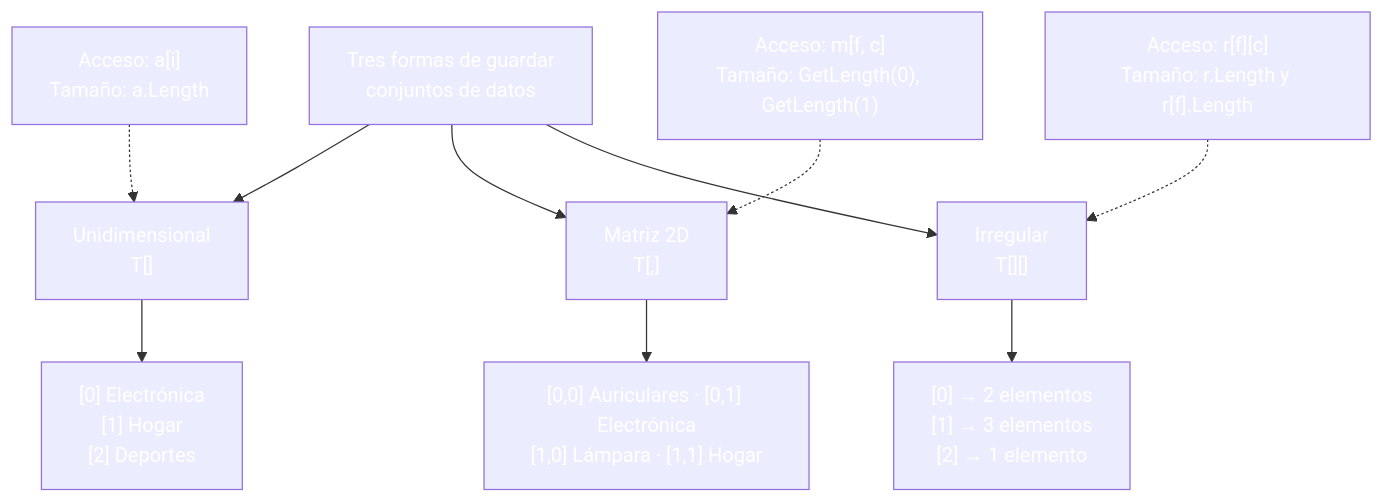
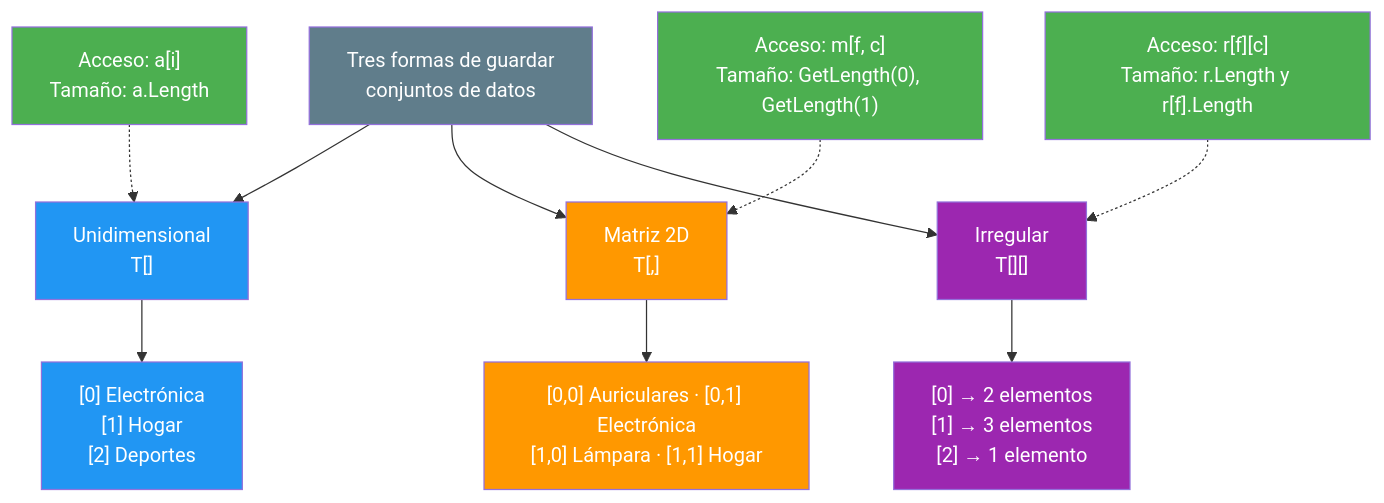
The fourth of 4 diagrams in 03-estructuras-control.md (joseluisgs/DesarrolloWebEntornosServidor-03-2026-2027), drawn with Mermaid before and after one commit. The commit also changed other lines of this file and 25 other files, not shown here.

Commit message:
docs: corregir los estilos Mermaid de los temas y alinear el dominio del tema 25 con ProductosApp

````diff
--- a/03-estructuras-control.md
+++ b/03-estructuras-control.md
@@ -439,25 +439,25 @@
 ```mermaid
 graph TD
     A["Tres formas de guardar<br/>conjuntos de datos"] --> B["Unidimensional<br/>T[]"]
     A --> C["Matriz 2D<br/>T[,]"]
     A --> D["Irregular<br/>T[][]"]
 
     B --> B0["[0] Electrónica<br/>[1] Hogar<br/>[2] Deportes"]
     C --> C0["[0,0] Auriculares · [0,1] Electrónica<br/>[1,0] Lámpara · [1,1] Hogar"]
     D --> D0["[0] → 2 elementos<br/>[1] → 3 elementos<br/>[2] → 1 elemento"]
 
     B1["Acceso: a[i]<br/>Tamaño: a.Length"] -.-> B
     C1["Acceso: m[f, c]<br/>Tamaño: GetLength(0), GetLength(1)"] -.-> C
     D1["Acceso: r[f][c]<br/>Tamaño: r.Length y r[f].Length"] -.-> D
 
-    style A fill:#607D8,color:#fffB,color:#fff
-    style B fill:#2196F,color:#fff3,color:#fff
-    style C fill:#FF980,color:#fff0,color:#fff
-    style D fill:#9C27B,color:#fff0,color:#fff
-    style B0 fill:#2196F,color:#fff3,color:#fff
-    style C0 fill:#FF980,color:#fff0,color:#fff
-    style D0 fill:#9C27B,color:#fff0,color:#fff
-    style B1 fill:#4CAF5,color:#fff0,color:#fff
-    style C1 fill:#4CAF5,color:#fff0,color:#fff
-    style D1 fill:#4CAF5,color:#fff0,color:#fff
+    style A fill:#607D8B,color:#fff
+    style B fill:#2196F3,color:#fff
+    style C fill:#FF9800,color:#fff
+    style D fill:#9C27B0,color:#fff
+    style B0 fill:#2196F3,color:#fff
+    style C0 fill:#FF9800,color:#fff
+    style D0 fill:#9C27B0,color:#fff
+    style B1 fill:#4CAF50,color:#fff
+    style C1 fill:#4CAF50,color:#fff
+    style D1 fill:#4CAF50,color:#fff
 ```
````
